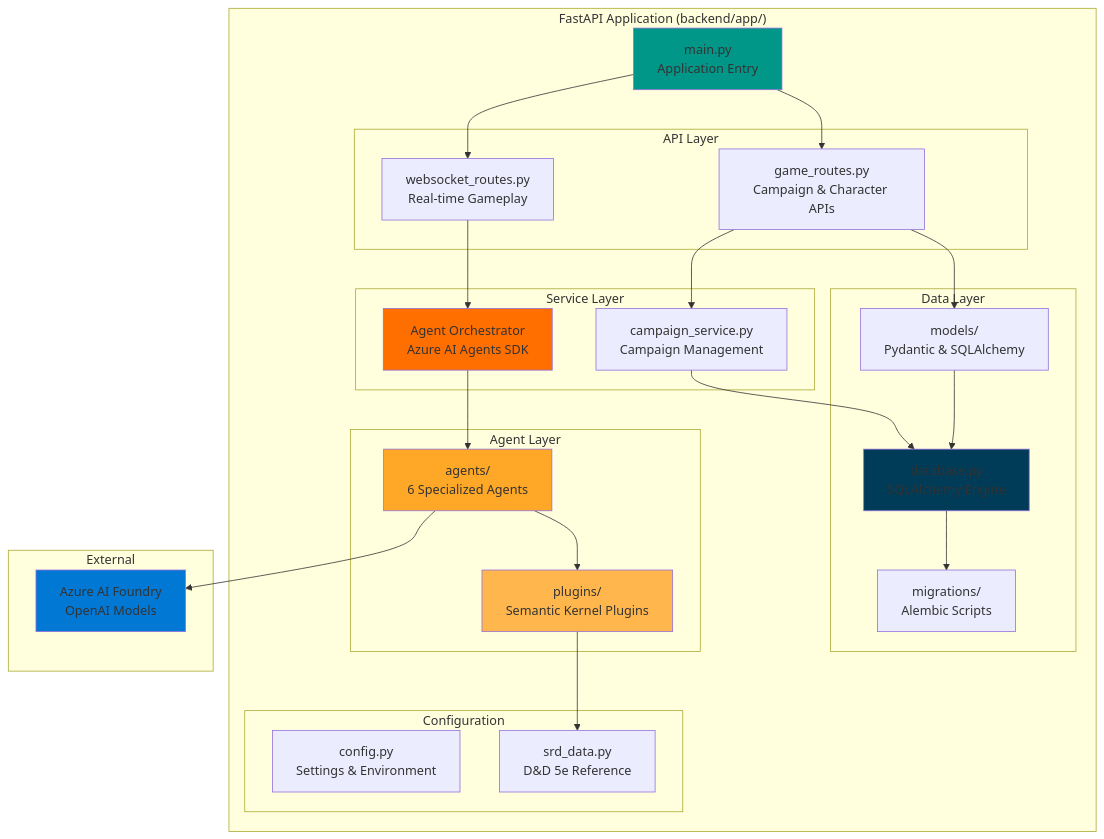
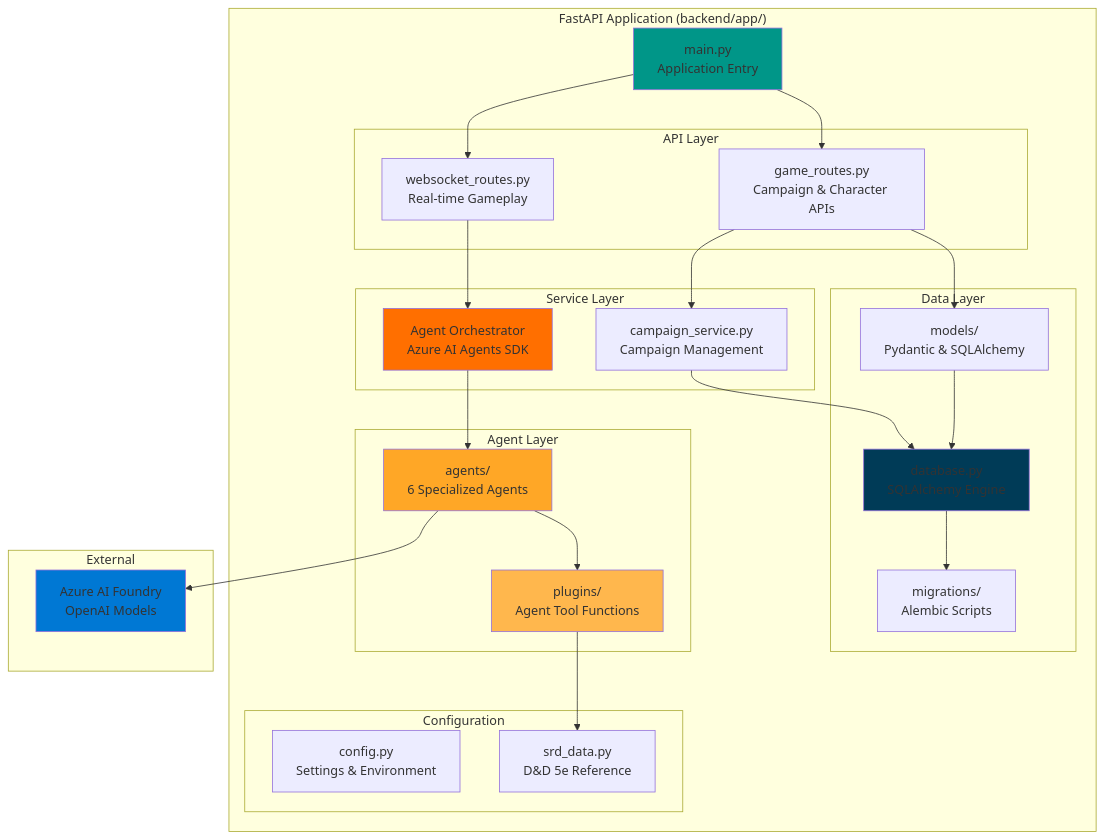
The ninth of 16 diagrams in docs/architecture.md (SecuringTheRealm/str-agentic-adventures), drawn with Mermaid before and after one commit. The commit also changed other lines of this file and 113 other files, not shown here.

````diff
--- a/docs/architecture.md
+++ b/docs/architecture.md
@@ -1035,56 +1035,56 @@
 ```mermaid
 graph TB
     subgraph "FastAPI Application (backend/app/)"
         Main[main.py<br/>Application Entry]
 
         subgraph "API Layer"
             GameRoutes[game_routes.py<br/>Campaign & Character APIs]
             WSRoutes[websocket_routes.py<br/>Real-time Gameplay]
         end
 
         subgraph "Service Layer"
             CampaignService[campaign_service.py<br/>Campaign Management]
             AgentOrchestrator[Agent Orchestrator<br/>Azure AI Agents SDK]
         end
 
         subgraph "Data Layer"
             Models[models/<br/>Pydantic & SQLAlchemy]
             Database[database.py<br/>SQLAlchemy Engine]
             Migrations[migrations/<br/>Alembic Scripts]
         end
 
         subgraph "Agent Layer"
             Agents[agents/<br/>6 Specialized Agents]
-            Plugins[plugins/<br/>Semantic Kernel Plugins]
+            Plugins[plugins/<br/>Agent Tool Functions]
         end
 
         subgraph "Configuration"
             Config[config.py<br/>Settings & Environment]
             SRDData[srd_data.py<br/>D&D 5e Reference]
         end
     end
 
     subgraph "External"
         AzureAI[Azure AI Foundry<br/>OpenAI Models]
     end
 
     Main --> GameRoutes
     Main --> WSRoutes
     GameRoutes --> CampaignService
     GameRoutes --> Models
     WSRoutes --> AgentOrchestrator
     CampaignService --> Database
     AgentOrchestrator --> Agents
     Agents --> Plugins
     Plugins --> SRDData
     Agents --> AzureAI
     Models --> Database
     Database --> Migrations
 
     style Main fill:#009688
     style AgentOrchestrator fill:#FF6F00
     style Agents fill:#FFA726
     style Plugins fill:#FFB74D
     style Database fill:#003B57
     style AzureAI fill:#0078D4
 ```
````
